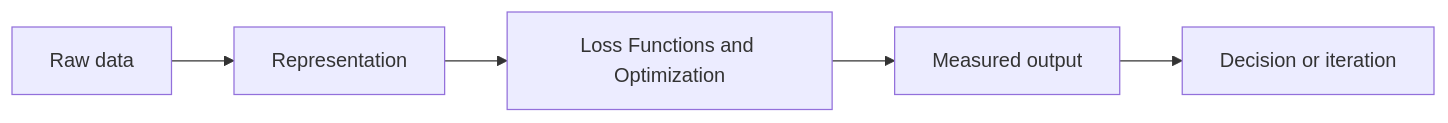
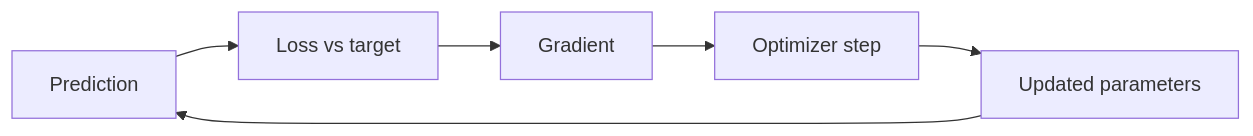
The diagram in fundamentals/08-loss-functions-and-optimization.md (Icon1cc/Machine-Learning), drawn with Mermaid before and after one commit. The commit also changed other lines of this file and 264 other files, not shown here.

````diff
--- a/fundamentals/08-loss-functions-and-optimization.md
+++ b/fundamentals/08-loss-functions-and-optimization.md
@@ -92,7 +68,8 @@
 ```mermaid
 flowchart LR
-    A[Raw data] --> B[Representation]
-    B --> C[Loss Functions and Optimization]
-    C --> D[Measured output]
-    D --> E[Decision or iteration]
+    P[Prediction] --> L[Loss vs target]
+    L --> G[Gradient]
+    G --> O[Optimizer step]
+    O --> Pa[Updated parameters]
+    Pa --> P
 ```
````
